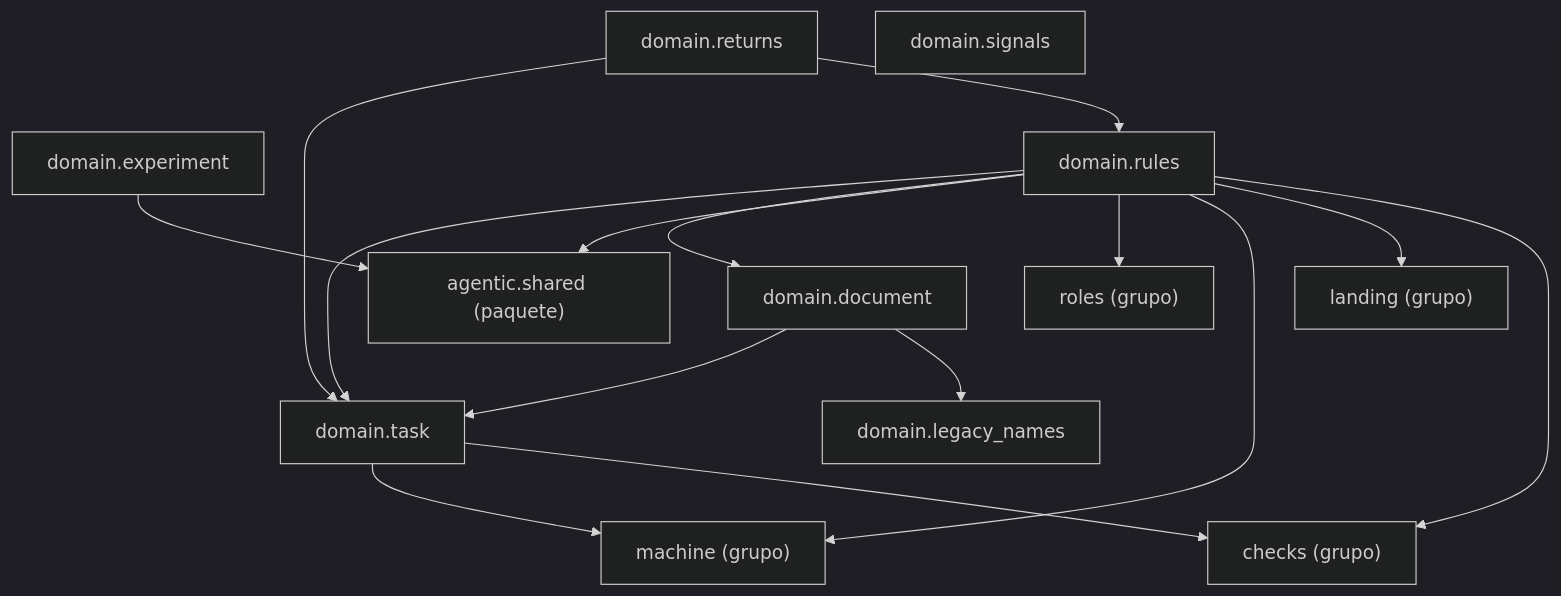
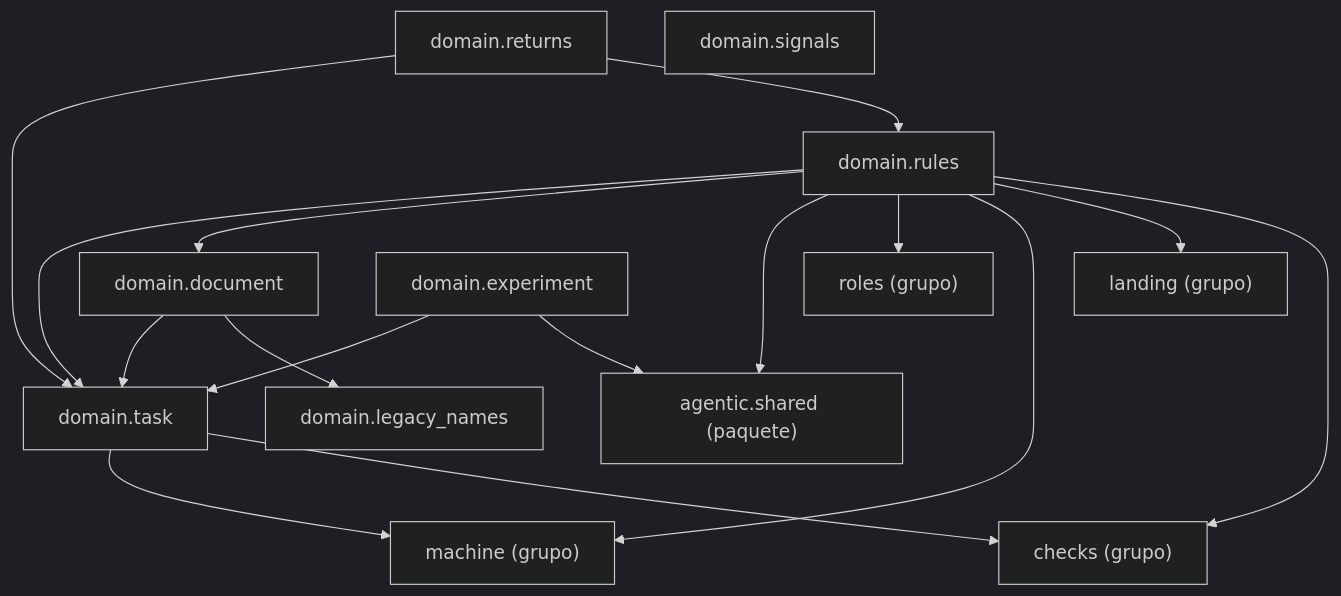
The diagram in docs/architecture/generated/packages-process-domain-state.md (GonzaloZevallos/agentic-system), drawn with Mermaid (dark theme) before and after one commit. The commit also changed 5 other files, not shown here.

````diff
--- a/docs/architecture/generated/packages-process-domain-state.md
+++ b/docs/architecture/generated/packages-process-domain-state.md
@@ -11,29 +11,30 @@
 ```mermaid
 graph TD
     g_domain__checks["checks (grupo)"]
     g_domain__landing["landing (grupo)"]
     g_domain__machine["machine (grupo)"]
     g_domain__roles["roles (grupo)"]
     g_pkg__agentic__shared["agentic.shared (paquete)"]
     m_domain__document["domain.document"]
     m_domain__experiment["domain.experiment"]
     m_domain__legacy_names["domain.legacy_names"]
     m_domain__returns["domain.returns"]
     m_domain__rules["domain.rules"]
     m_domain__signals["domain.signals"]
     m_domain__task["domain.task"]
     m_domain__document --> m_domain__legacy_names
     m_domain__document --> m_domain__task
     m_domain__experiment --> g_pkg__agentic__shared
+    m_domain__experiment --> m_domain__task
     m_domain__returns --> m_domain__rules
     m_domain__returns --> m_domain__task
     m_domain__rules --> g_domain__checks
     m_domain__rules --> g_domain__landing
     m_domain__rules --> g_domain__machine
     m_domain__rules --> g_domain__roles
     m_domain__rules --> g_pkg__agentic__shared
     m_domain__rules --> m_domain__document
     m_domain__rules --> m_domain__task
     m_domain__task --> g_domain__checks
     m_domain__task --> g_domain__machine
 ```
````
